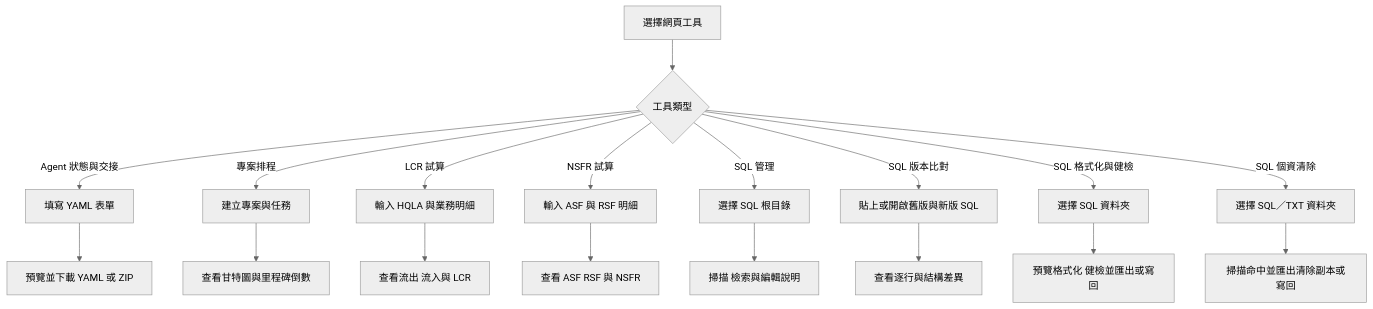
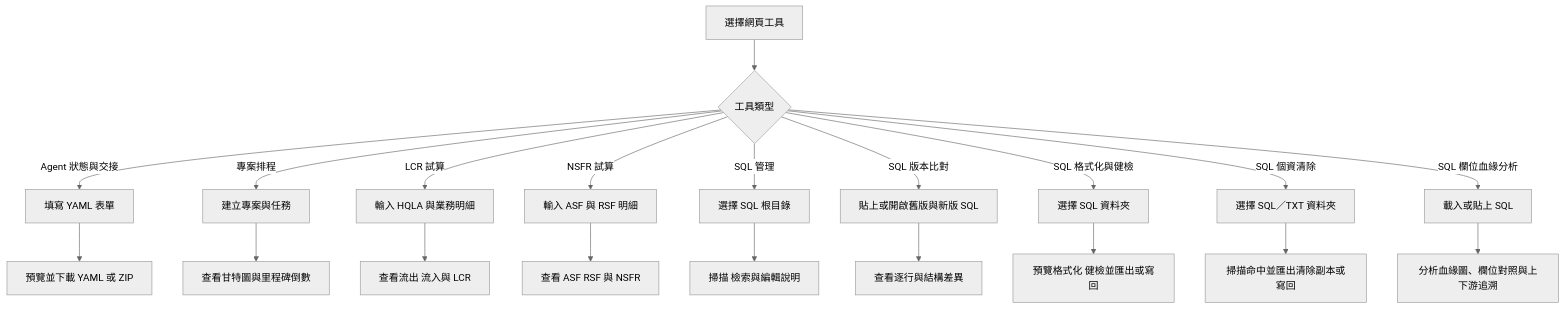
The first of 10 diagrams in README.md (DunkLiao/my-spa-tools), drawn with Mermaid (neutral theme) before and after one commit. The commit also changed other lines of this file and 1 other file, not shown here.

````diff
--- a/README.md
+++ b/README.md
@@ -49,20 +51,22 @@
 ```mermaid
 flowchart TD
     A[選擇網頁工具] --> B{工具類型}
     B -->|Agent 狀態與交接| C[填寫 YAML 表單]
     B -->|專案排程| D[建立專案與任務]
     B -->|LCR 試算| E[輸入 HQLA 與業務明細]
     B -->|NSFR 試算| K[輸入 ASF 與 RSF 明細]
     B -->|SQL 管理| I[選擇 SQL 根目錄]
     B -->|SQL 版本比對| M[貼上或開啟舊版與新版 SQL]
     B -->|SQL 格式化與健檢| N[選擇 SQL 資料夾]
     B -->|SQL 個資清除| Q[選擇 SQL／TXT 資料夾]
+    B -->|SQL 欄位血緣分析| S[載入或貼上 SQL]
     C --> F[預覽並下載 YAML 或 ZIP]
     D --> G[查看甘特圖與里程碑倒數]
     E --> H[查看流出 流入與 LCR]
     K --> L[查看 ASF RSF 與 NSFR]
     I --> J[掃描 檢索與編輯說明]
     M --> O[查看逐行與結構差異]
     N --> P[預覽格式化 健檢並匯出或寫回]
     Q --> R[掃描命中並匯出清除副本或寫回]
+    S --> T[分析血緣圖、欄位對照與上下游追溯]
 ```
````
